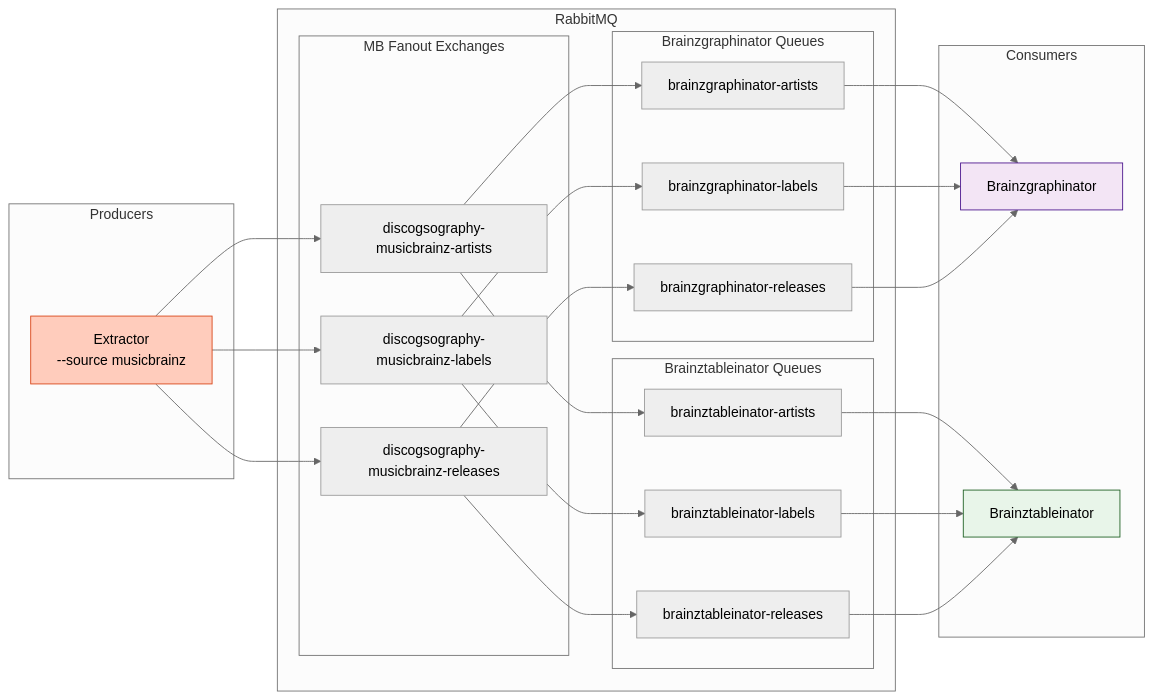
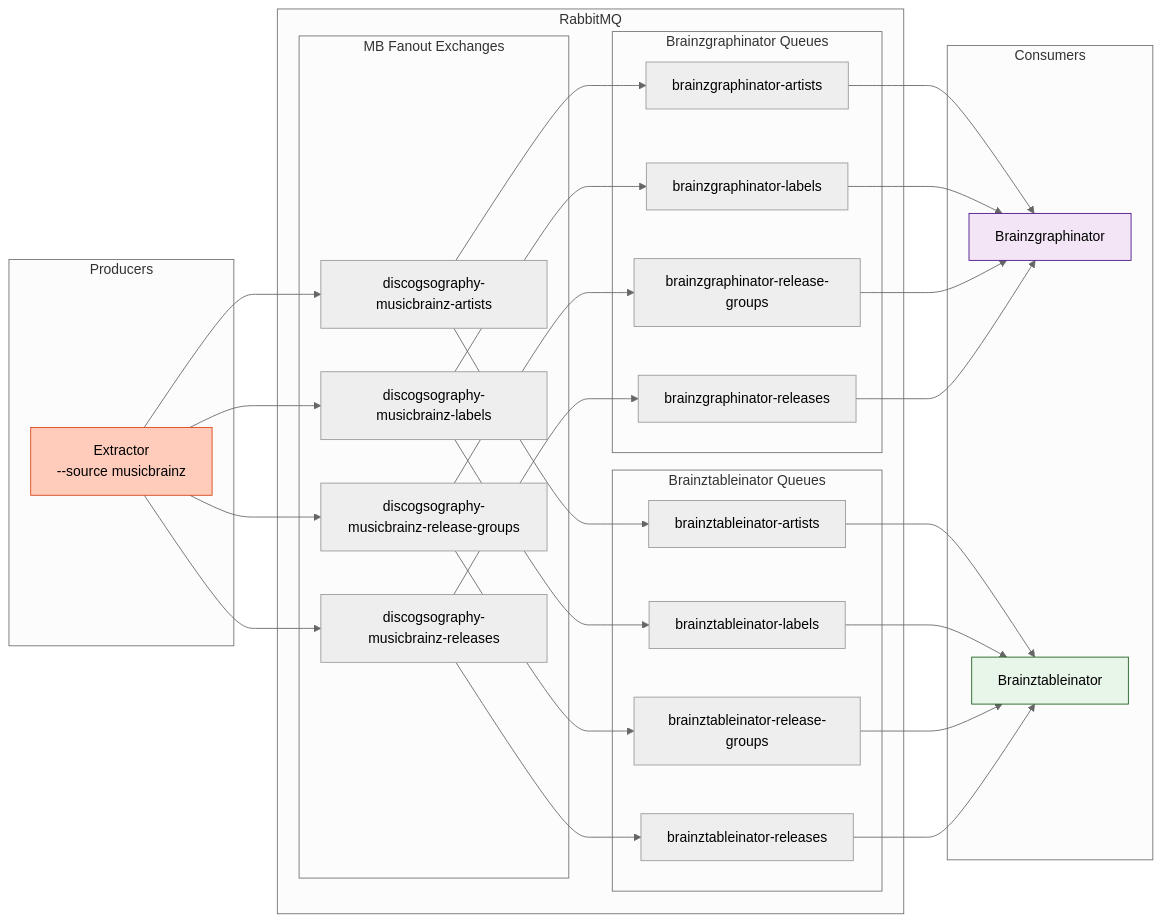
Before and after one commit to groovemap-music/deployment: the sixth of 6 diagrams in docs/architecture.md, drawn with Mermaid (neutral theme). The commit also changed other lines of this file and 11 other files, not shown here.

````diff
--- a/docs/architecture.md
+++ b/docs/architecture.md
@@ -686,44 +686,48 @@
 ```mermaid
 graph LR
     subgraph Producers
         EXT_MB[Extractor<br/>--source musicbrainz]
     end
 
     subgraph RabbitMQ
         subgraph MB Fanout Exchanges
             MAQ[discogsography-musicbrainz-artists]
             MLQ[discogsography-musicbrainz-labels]
+            MRGQ[discogsography-musicbrainz-release-groups]
             MRQ[discogsography-musicbrainz-releases]
         end
 
         subgraph Brainzgraphinator Queues
             BGA[brainzgraphinator-artists]
             BGL[brainzgraphinator-labels]
+            BGRG[brainzgraphinator-release-groups]
             BGR[brainzgraphinator-releases]
         end
 
         subgraph Brainztableinator Queues
             BTA[brainztableinator-artists]
             BTL[brainztableinator-labels]
+            BTRG[brainztableinator-release-groups]
             BTR[brainztableinator-releases]
         end
     end
 
     subgraph Consumers
         BGRAPH[Brainzgraphinator]
         BTABLE[Brainztableinator]
     end
 
-    EXT_MB --> MAQ & MLQ & MRQ
+    EXT_MB --> MAQ & MLQ & MRGQ & MRQ
 
     MAQ --> BGA & BTA
     MLQ --> BGL & BTL
+    MRGQ --> BGRG & BTRG
     MRQ --> BGR & BTR
 
-    BGA & BGL & BGR --> BGRAPH
-    BTA & BTL & BTR --> BTABLE
+    BGA & BGL & BGRG & BGR --> BGRAPH
+    BTA & BTL & BTRG & BTR --> BTABLE
 
     style EXT_MB fill:#ffccbc,stroke:#d84315
     style BGRAPH fill:#f3e5f5,stroke:#4a148c
     style BTABLE fill:#e8f5e9,stroke:#1b5e20
 ```
````
